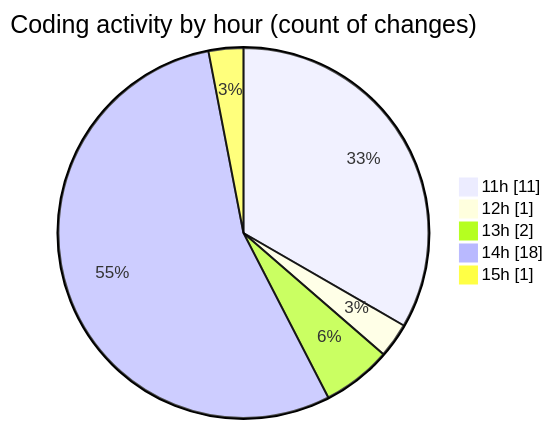
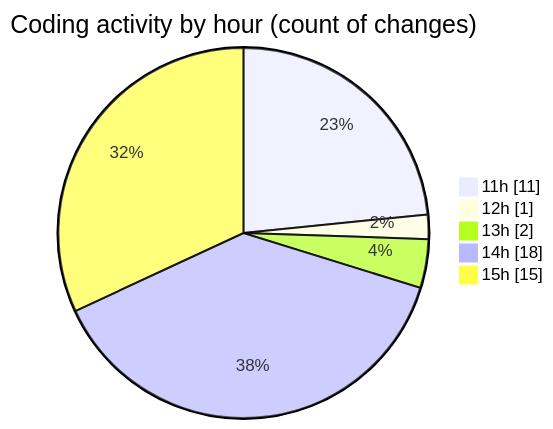
Before and after one commit to momahboobian/code-tracking: the second of 2 diagrams in 2026-08-24/cda/README.md, drawn with Mermaid. The commit also changed other lines of this file and 1 other file, not shown here.

````diff
--- a/2026-08-24/cda/README.md
+++ b/2026-08-24/cda/README.md
@@ -41,9 +50,9 @@
 ```mermaid
 pie showData
 title Coding activity by hour (count of changes)
 "11h" : 11
 "12h" : 1
 "13h" : 2
 "14h" : 18
-"15h" : 1
+"15h" : 15
 ```
````
